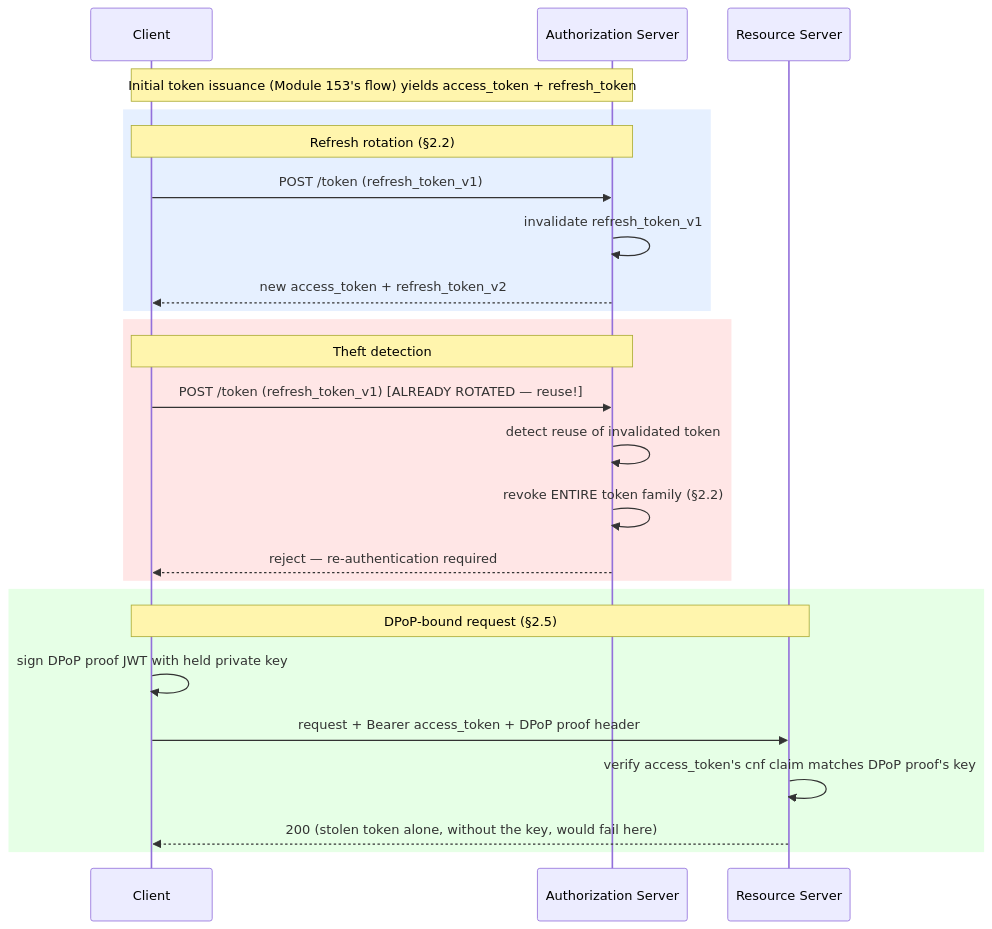
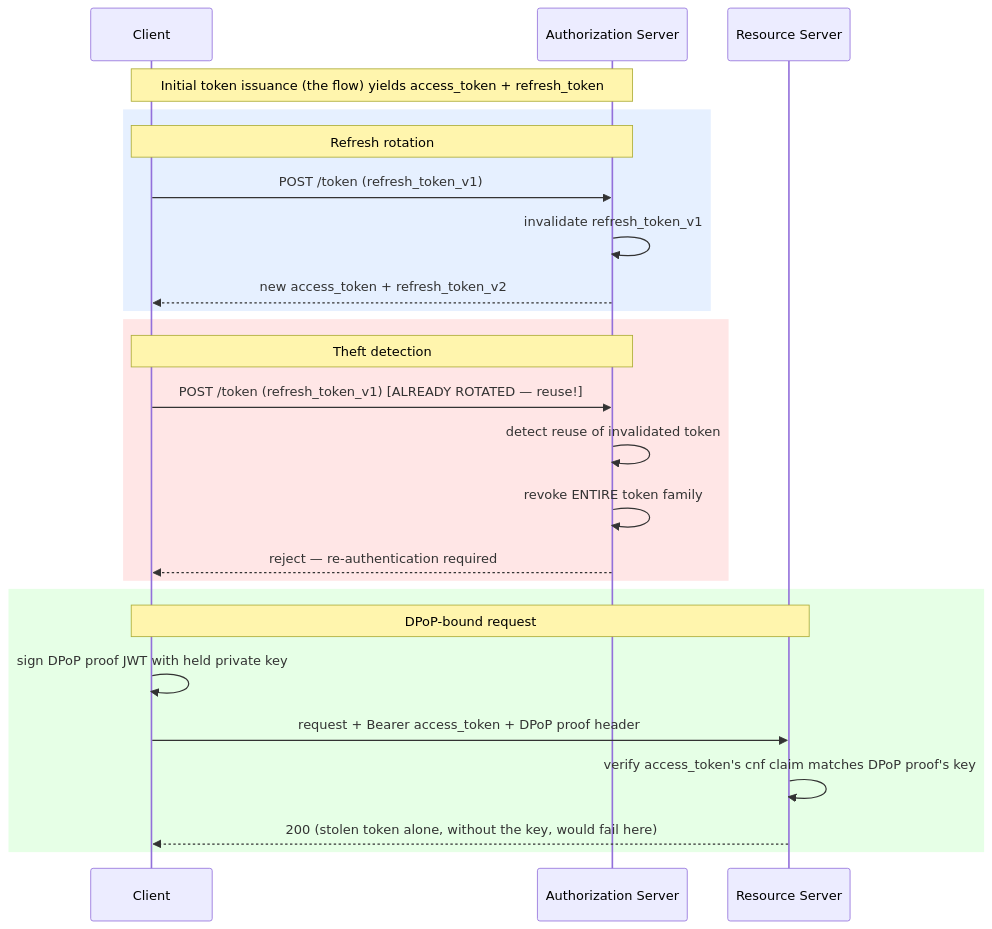
One commit to umashankarp/InterviewQuestions changed the diagram in 41-OAuth2-OIDC-JWT-PKCE/02-Token-Lifecycle-Rotation-Revocation-Introspection-DPoP-mTLS.md. Above: the diagram before and after it, drawn with Mermaid. The commit also changed other lines of this file and 173 other files, not shown here.

````diff
--- a/41-OAuth2-OIDC-JWT-PKCE/02-Token-Lifecycle-Rotation-Revocation-Introspection-DPoP-mTLS.md
+++ b/41-OAuth2-OIDC-JWT-PKCE/02-Token-Lifecycle-Rotation-Revocation-Introspection-DPoP-mTLS.md
@@ -70,31 +70,31 @@
 ```mermaid
 sequenceDiagram
-    participant C as Client
-    participant AS as Authorization Server
-    participant RS as Resource Server
+ participant C as Client
+ participant AS as Authorization Server
+ participant RS as Resource Server
 
-    Note over C,AS: Initial token issuance (Module 153's flow) yields access_token + refresh_token
+ Note over C,AS: Initial token issuance (the flow) yields access_token + refresh_token
 
-    rect rgb(230,240,255)
-    Note over C,AS: Refresh rotation (§2.2)
-    C->>AS: POST /token (refresh_token_v1)
-    AS->>AS: invalidate refresh_token_v1
-    AS-->>C: new access_token + refresh_token_v2
-    end
+ rect rgb(230,240,255)
+ Note over C,AS: Refresh rotation
+ C->>AS: POST /token (refresh_token_v1)
+ AS->>AS: invalidate refresh_token_v1
+ AS-->>C: new access_token + refresh_token_v2
+ end
 
-    rect rgb(255,230,230)
-    Note over C,AS: Theft detection
-    C->>AS: POST /token (refresh_token_v1) [ALREADY ROTATED — reuse!]
-    AS->>AS: detect reuse of invalidated token
-    AS->>AS: revoke ENTIRE token family (§2.2)
-    AS-->>C: reject — re-authentication required
-    end
+ rect rgb(255,230,230)
+ Note over C,AS: Theft detection
+ C->>AS: POST /token (refresh_token_v1) [ALREADY ROTATED — reuse!]
+ AS->>AS: detect reuse of invalidated token
+ AS->>AS: revoke ENTIRE token family
+ AS-->>C: reject — re-authentication required
+ end
 
-    rect rgb(230,255,230)
-    Note over C,RS: DPoP-bound request (§2.5)
-    C->>C: sign DPoP proof JWT with held private key
-    C->>RS: request + Bearer access_token + DPoP proof header
-    RS->>RS: verify access_token's cnf claim matches DPoP proof's key
-    RS-->>C: 200 (stolen token alone, without the key, would fail here)
-    end
+ rect rgb(230,255,230)
+ Note over C,RS: DPoP-bound request
+ C->>C: sign DPoP proof JWT with held private key
+ C->>RS: request + Bearer access_token + DPoP proof header
+ RS->>RS: verify access_token's cnf claim matches DPoP proof's key
+ RS-->>C: 200 (stolen token alone, without the key, would fail here)
+ end
 ```
````
